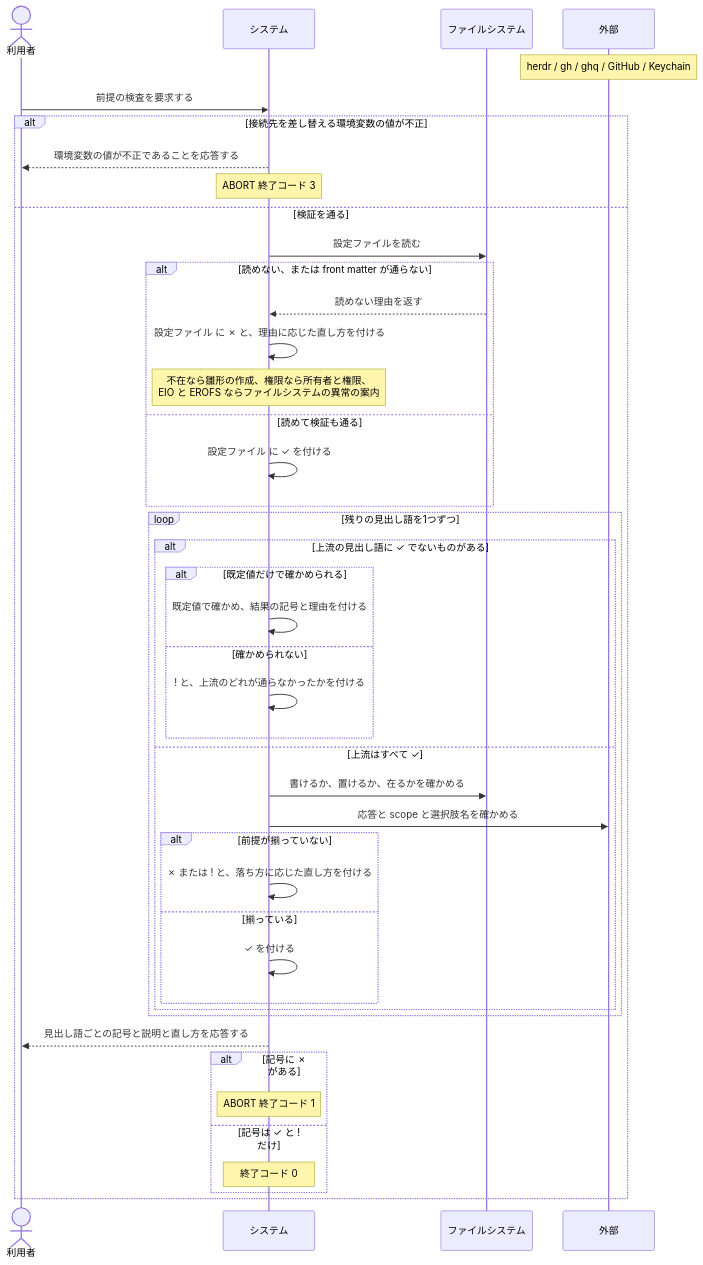
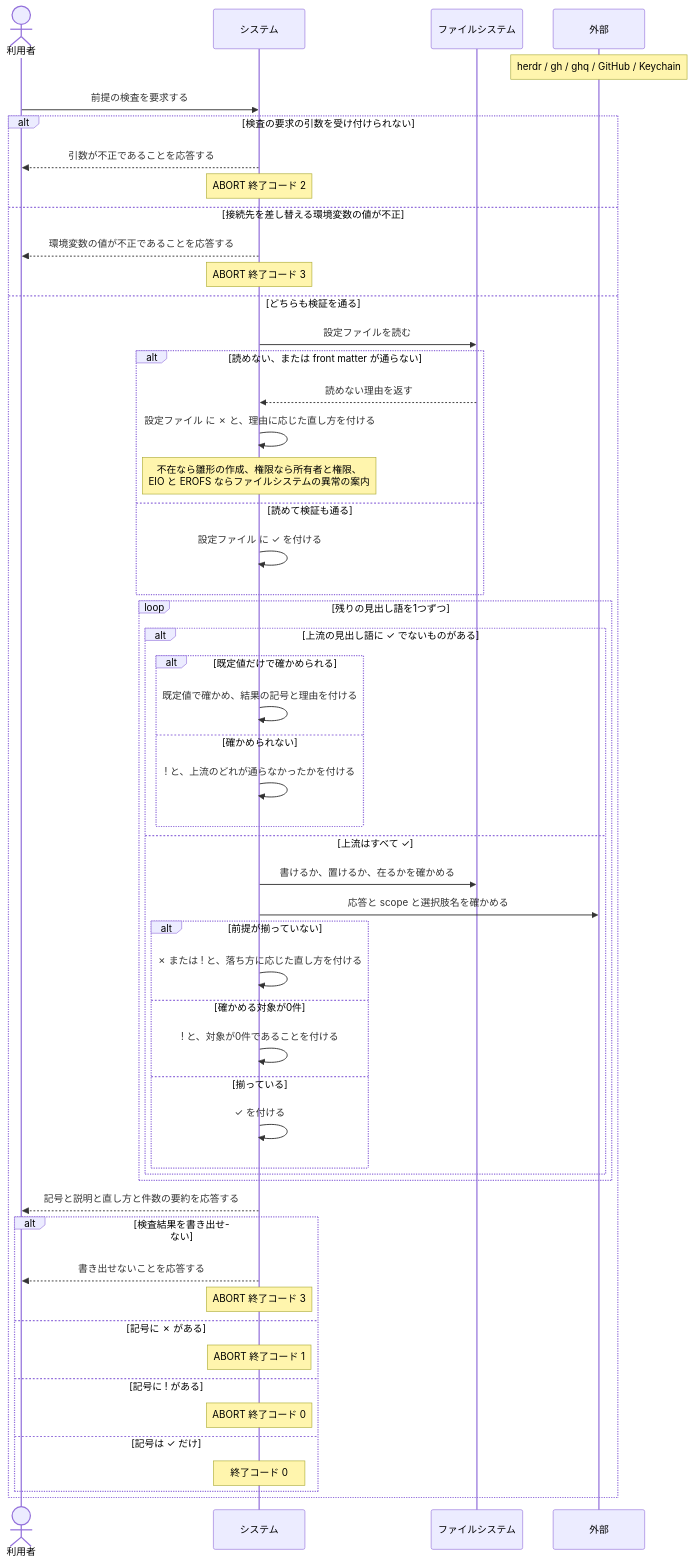
Before and after one commit to maimuzo/continuo: the second of 2 diagrams in docs/spec/usecases/particular_case/前提が揃っているかを検査する.rucm.md, drawn with Mermaid. The commit also changed other lines of this file and 6 other files, not shown here.

````diff
--- a/docs/spec/usecases/particular_case/前提が揃っているかを検査する.rucm.md
+++ b/docs/spec/usecases/particular_case/前提が揃っているかを検査する.rucm.md
@@ -228,50 +309,60 @@
 ```mermaid
 sequenceDiagram
     actor 利用者
     participant システム
     participant ファイルシステム
     participant 外部
 
     Note over 外部: herdr / gh / ghq / GitHub / Keychain
 
     利用者->>システム: 前提の検査を要求する
 
-    alt 接続先を差し替える環境変数の値が不正
+    alt 検査の要求の引数を受け付けられない
+        システム-->>利用者: 引数が不正であることを応答する
+        Note over システム: ABORT 終了コード 2
+    else 接続先を差し替える環境変数の値が不正
         システム-->>利用者: 環境変数の値が不正であることを応答する
         Note over システム: ABORT 終了コード 3
-    else 検証を通る
+    else どちらも検証を通る
         システム->>ファイルシステム: 設定ファイルを読む
         alt 読めない、または front matter が通らない
             ファイルシステム-->>システム: 読めない理由を返す
             システム->>システム: 設定ファイル に ✗ と、理由に応じた直し方を付ける
             Note over システム: 不在なら雛形の作成、権限なら所有者と権限、<br/>EIO と EROFS ならファイルシステムの異常の案内
         else 読めて検証も通る
             システム->>システム: 設定ファイル に ✓ を付ける
         end
 
         loop 残りの見出し語を1つずつ
             alt 上流の見出し語に ✓ でないものがある
                 alt 既定値だけで確かめられる
                     システム->>システム: 既定値で確かめ、結果の記号と理由を付ける
                 else 確かめられない
                     システム->>システム: ! と、上流のどれが通らなかったかを付ける
                 end
             else 上流はすべて ✓
                 システム->>ファイルシステム: 書けるか、置けるか、在るかを確かめる
                 システム->>外部: 応答と scope と選択肢名を確かめる
                 alt 前提が揃っていない
                     システム->>システム: ✗ または ! と、落ち方に応じた直し方を付ける
+                else 確かめる対象が0件
+                    システム->>システム: ! と、対象が0件であることを付ける
                 else 揃っている
                     システム->>システム: ✓ を付ける
                 end
             end
         end
 
-        システム-->>利用者: 見出し語ごとの記号と説明と直し方を応答する
-        alt 記号に ✗ がある
+        システム-->>利用者: 記号と説明と直し方と件数の要約を応答する
+        alt 検査結果を書き出せない
+            システム-->>利用者: 書き出せないことを応答する
+            Note over システム: ABORT 終了コード 3
+        else 記号に ✗ がある
             Note over システム: ABORT 終了コード 1
-        else 記号は ✓ と ! だけ
+        else 記号に ! がある
+            Note over システム: ABORT 終了コード 0
+        else 記号は ✓ だけ
             Note over システム: 終了コード 0
         end
     end
 ```
````
